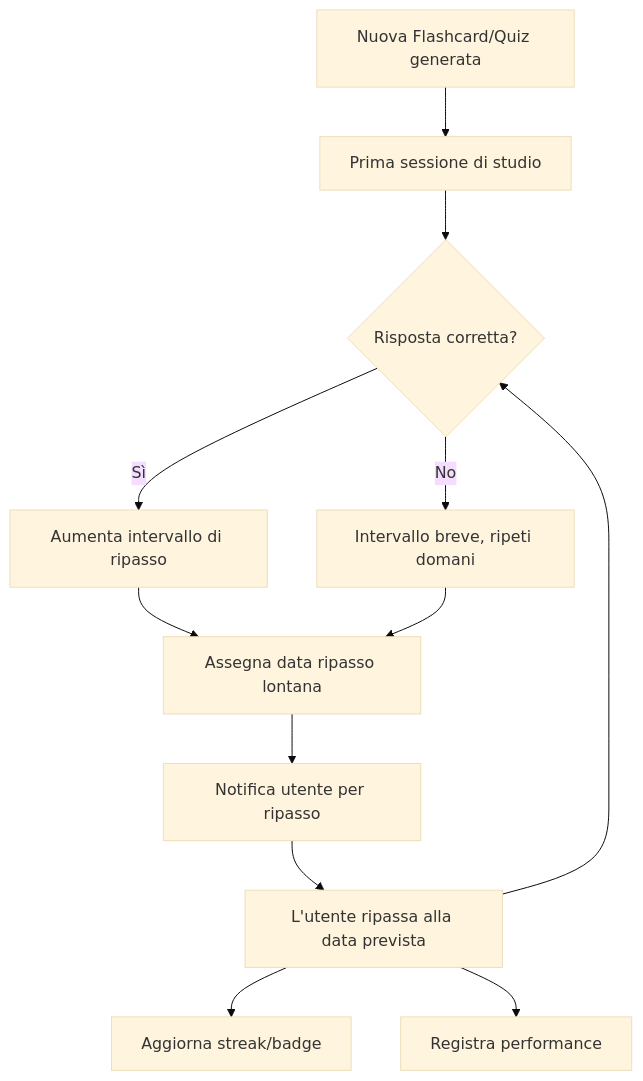
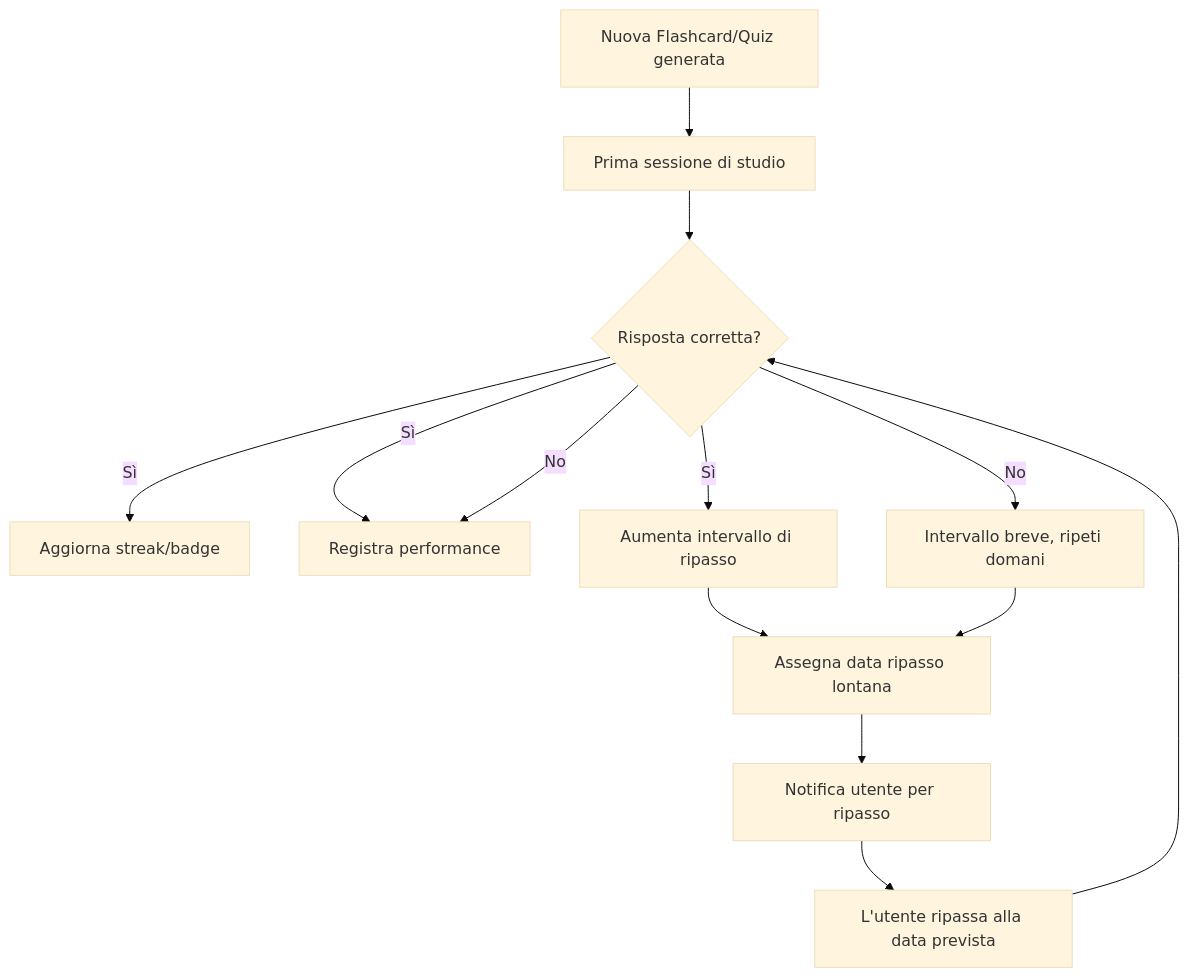
The first of 8 diagrams in README.md (manumastro/flashnote-edu), drawn with Mermaid (base theme) before and after one commit.

````diff
--- a/README.md
+++ b/README.md
@@ -168,14 +168,20 @@
 ```mermaid
 graph TD
     A[Nuova Flashcard/Quiz generata] --> B[Prima sessione di studio]
     B --> C{Risposta corretta?}
+
+    C -- Sì --> I[Aggiorna streak/badge]
+    C -- Sì --> J[Registra performance]
     C -- Sì --> D[Aumenta intervallo di ripasso]
+
+    C -- No --> J[Registra performance]
     C -- No --> E[Intervallo breve, ripeti domani]
+
     D --> F[Assegna data ripasso lontana]
     E --> F
+
     F --> G[Notifica utente per ripasso]
     G --> H[L'utente ripassa alla data prevista]
-    H --> I[Aggiorna streak/badge]
-    H --> J[Registra performance]
+
     H --> C
 ```
````
